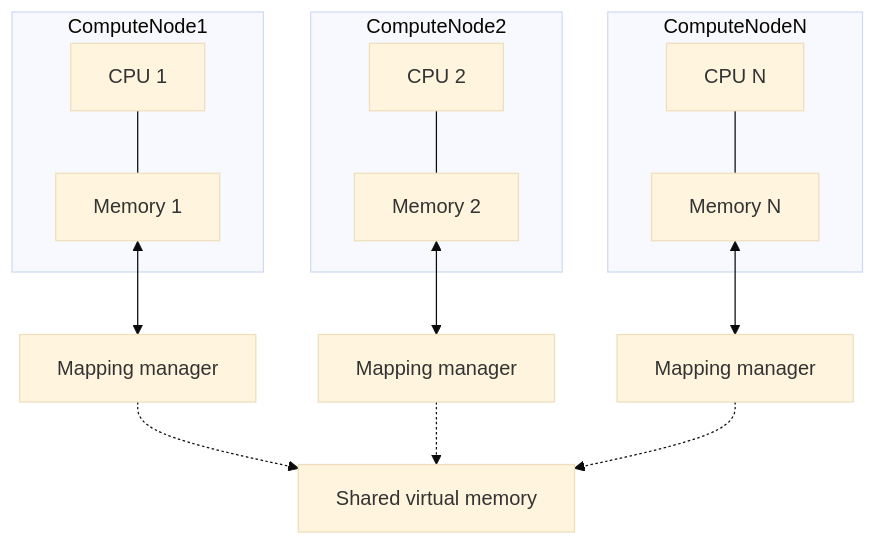
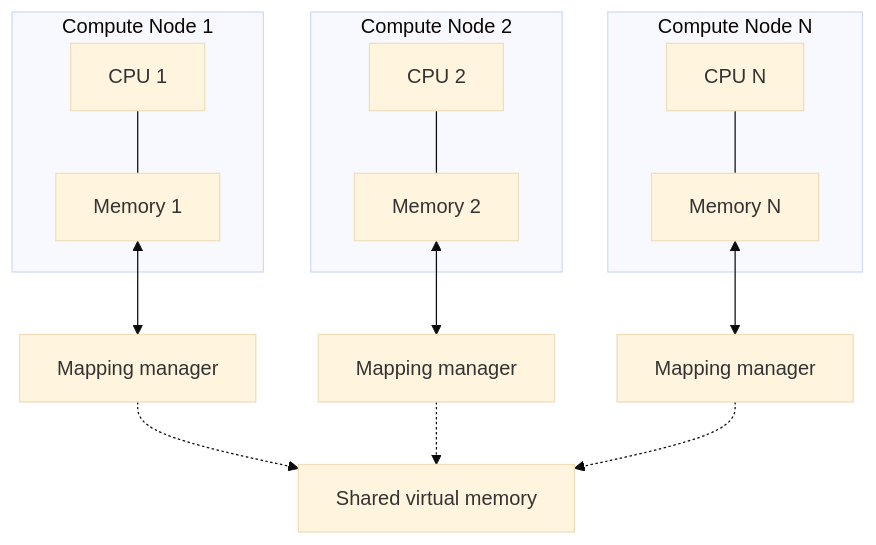
Before and after one commit to pink10000/notes: the first of 2 diagrams in distributed_systems/Memory Coherence.md, drawn with Mermaid (base theme). The commit also changed other lines of this file, not shown here.

Commit message:
fix mermaid rendering

````diff
--- a/distributed_systems/Memory Coherence.md
+++ b/distributed_systems/Memory Coherence.md
@@ -20,39 +20,28 @@
 ```mermaid
-graph TD
-    %% Compute Nodes (CPU and Memory)
-    subgraph ComputeNode1
-        C1[CPU 1]
-        M1[Memory 1]
-        C1 --- M1
+flowchart TD;
+    subgraph Node1 [Compute Node 1]
+        CPU1[CPU 1] --- Mem1[Memory 1]
     end
     
-    subgraph ComputeNode2
-        C2[CPU 2]
-        M2[Memory 2]
-        C2 --- M2
+    subgraph Node2 [Compute Node 2]
+        CPU2[CPU 2] --- Mem2[Memory 2]
     end
         
-    subgraph ComputeNodeN
-        CN[CPU N]
-        MN[Memory N]
-        CN --- MN
+    subgraph NodeN [Compute Node N]
+        CPUN[CPU N] --- MemN[Memory N]
     end
 
-    %% Mapping Managers
     MM1[Mapping manager]
     MM2[Mapping manager]
-    MMN[Mapping manager]
+    MM3[Mapping manager]
 
-    %% Shared Resource
     SVM[Shared virtual memory]
 
-    %% Bidirectional memory to manager links
-    M1 <--> MM1
-    M2 <--> MM2
-    MN <--> MMN
+    Mem1 <--> MM1
+    Mem2 <--> MM2
+    MemN <--> MM3
 
-    %% Dashed links to Shared virtual memory
     MM1 -.-> SVM
     MM2 -.-> SVM
-    MMN -.-> SVM
+    MM3 -.-> SVM
 ```
````
